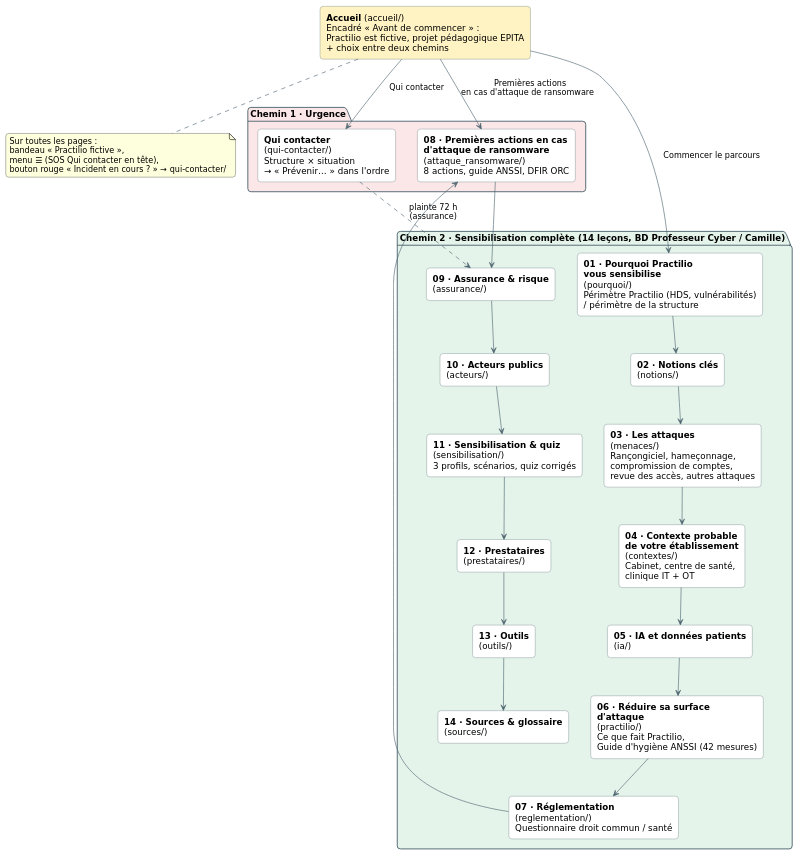
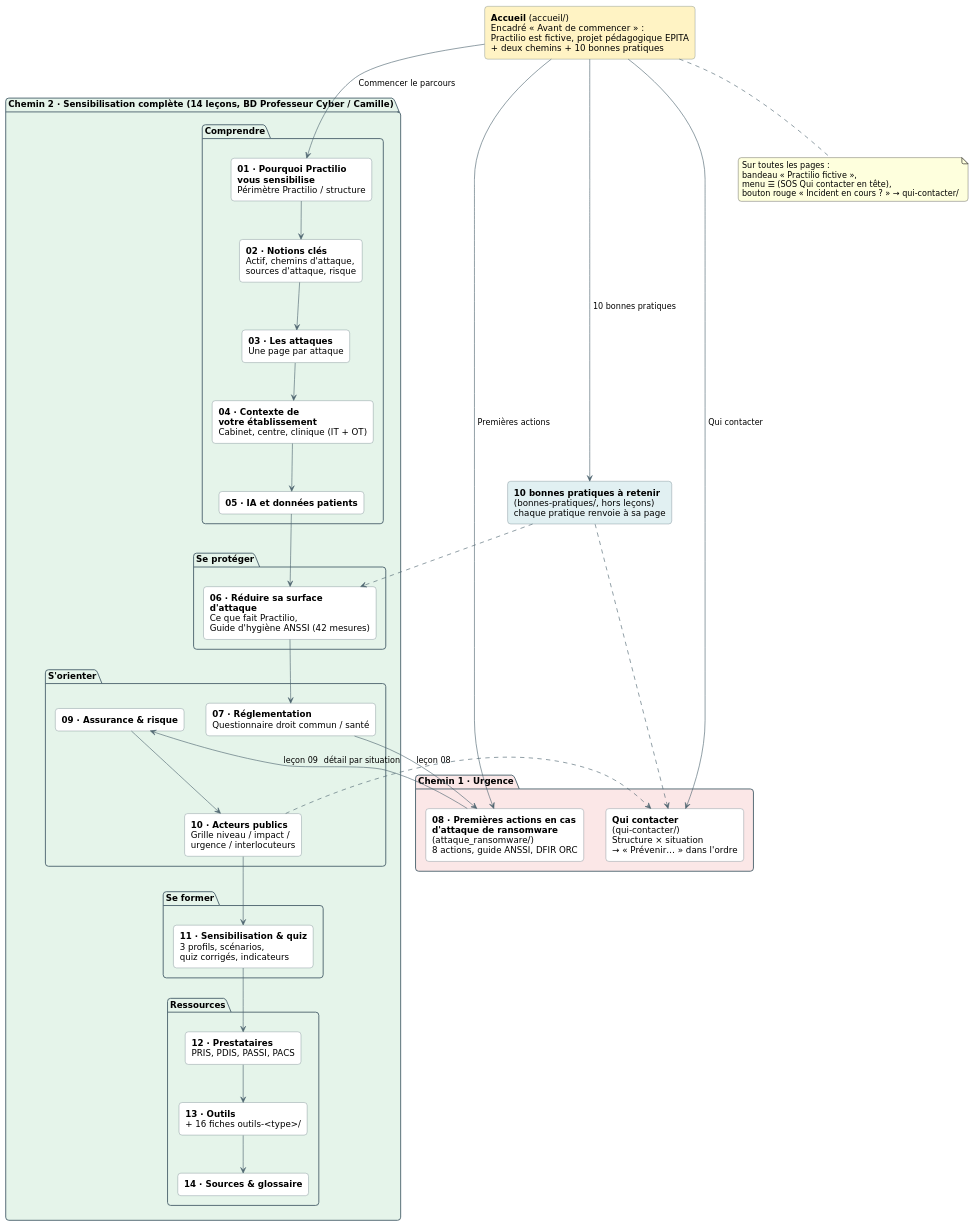
Before and after one commit to tasa95/sensibilisation_practilio: the diagram in docs/carte-du-site.puml, drawn with PlantUML. The commit also changed 5 other files, not shown here.

Commit message:
Diagrammes PlantUML (carte du site, parcours de formation) et notes de rendu

```diff
--- a/docs/carte-du-site.puml
+++ b/docs/carte-du-site.puml
@@ -1,70 +1,83 @@
 @startuml carte-du-site
 ' Carte du site Practilio Cyber Repères (projet pédagogique EPITA, Practilio est fictive).
 ' Mise à jour : 23/11/2026. Rendu : plantuml -tpng docs/carte-du-site.puml  (produit docs/carte-du-site.png)
+' Site public : https://tasa95.github.io/sensibilisation_practilio/
 ' Chaque rectangle = un dossier de site/ (index.html + <dossier>.js). Les numéros sont ceux des leçons du chemin 2.
 
 skinparam defaultFontName "DejaVu Sans"
 skinparam shadowing false
 skinparam roundCorner 10
 skinparam ArrowColor #4f6670
 skinparam rectangle {
   BorderColor #4f6670
   BackgroundColor #ffffff
 }
 skinparam package {
   BorderColor #4f6670
   FontStyle bold
 }
 top to bottom direction
 
-rectangle "**Accueil** (accueil/)\nEncadré « Avant de commencer » :\nPractilio est fictive, projet pédagogique EPITA\n+ choix entre deux chemins" as accueil #fff3c4
+rectangle "**Accueil** (accueil/)\nEncadré « Avant de commencer » :\nPractilio est fictive, projet pédagogique EPITA\n+ deux chemins + 10 bonnes pratiques" as accueil #fff3c4
+rectangle "**10 bonnes pratiques à retenir**\n(bonnes-pratiques/, hors leçons)\nchaque pratique renvoie à sa page" as bp #e1f0f2
 
 package "Chemin 1 · Urgence" #fbe7e7 {
   rectangle "**Qui contacter**\n(qui-contacter/)\nStructure × situation\n→ « Prévenir… » dans l'ordre" as qui #ffffff
   rectangle "**08 · Premières actions en cas**\n**d'attaque de ransomware**\n(attaque_ransomware/)\n8 actions, guide ANSSI, DFIR ORC" as ransom #ffffff
 }
 
 package "Chemin 2 · Sensibilisation complète (14 leçons, BD Professeur Cyber / Camille)" #e5f4ea {
-  rectangle "**01 · Pourquoi Practilio**\n**vous sensibilise**\n(pourquoi/)\nPérimètre Practilio (HDS, vulnérabilités)\n/ périmètre de la structure" as l01
-  rectangle "**02 · Notions clés**\n(notions/)" as l02
-  rectangle "**03 · Les attaques**\n(menaces/)\nRançongiciel, hameçonnage,\ncompromission de comptes,\nrevue des accès, autres attaques" as l03
-  rectangle "**04 · Contexte probable**\n**de votre établissement**\n(contextes/)\nCabinet, centre de santé,\nclinique IT + OT" as l04
-  rectangle "**06 · Réduire sa surface**\n**d'attaque**\n(practilio/)\nCe que fait Practilio,\nGuide d'hygiène ANSSI (42 mesures)" as l05
-  rectangle "**11 · Sensibilisation & quiz**\n(sensibilisation/)\n3 profils, scénarios, quiz corrigés" as l06
-  rectangle "**05 · IA et données patients**\n(ia/)" as l07
-  rectangle "**07 · Réglementation**\n(reglementation/)\nQuestionnaire droit commun / santé" as l08
-  rectangle "**09 · Assurance & risque**\n(assurance/)" as l10
-  rectangle "**10 · Acteurs publics**\n(acteurs/)" as l11
-  rectangle "**12 · Prestataires**\n(prestataires/)" as l12
-  rectangle "**13 · Outils**\n(outils/)" as l13
-  rectangle "**14 · Sources & glossaire**\n(sources/)" as l14
+  package "Comprendre" {
+    rectangle "**01 · Pourquoi Practilio**\n**vous sensibilise**\nPérimètre Practilio / structure" as l01
+    rectangle "**02 · Notions clés**\nActif, chemins d'attaque,\nsources d'attaque, risque" as l02
+    rectangle "**03 · Les attaques**\nUne page par attaque" as l03
+    rectangle "**04 · Contexte de**\n**votre établissement**\nCabinet, centre, clinique (IT + OT)" as l04
+    rectangle "**05 · IA et données patients**" as l05
+  }
+  package "Se protéger" {
+    rectangle "**06 · Réduire sa surface**\n**d'attaque**\nCe que fait Practilio,\nGuide d'hygiène ANSSI (42 mesures)" as l06
+  }
+  package "S'orienter" {
+    rectangle "**07 · Réglementation**\nQuestionnaire droit commun / santé" as l07
+    rectangle "**09 · Assurance & risque**" as l09
+    rectangle "**10 · Acteurs publics**\nGrille niveau / impact /\nurgence / interlocuteurs" as l10
+  }
+  package "Se former" {
+    rectangle "**11 · Sensibilisation & quiz**\n3 profils, scénarios,\nquiz corrigés, indicateurs" as l11
+  }
+  package "Ressources" {
+    rectangle "**12 · Prestataires**\nPRIS, PDIS, PASSI, PACS" as l12
+    rectangle "**13 · Outils**\n+ 16 fiches outils-<type>/" as l13
+    rectangle "**14 · Sources & glossaire**" as l14
+  }
 }
 
 accueil --> qui : « Qui contacter »
-accueil --> ransom : « Premières actions\nen cas d'attaque de ransomware »
+accueil --> ransom : « Premières actions »
 accueil --> l01 : « Commencer le parcours »
-
-qui ..> l10 : plainte 72 h\n(assurance)
-
+accueil --> bp : « 10 bonnes pratiques »
+bp ..> l06
+bp ..> qui
 
 l01 --> l02
 l02 --> l03
 l03 --> l04
-l04 --> l07
-l07 --> l05
-l05 --> l08
-l08 --> ransom
-ransom --> l10
+l04 --> l05
+l05 --> l06
+l06 --> l07
+l07 --> ransom : leçon 08
+ransom --> l09 : leçon 09
+l09 --> l10
 l10 --> l11
-l11 --> l06
-l06 --> l12
+l11 --> l12
 l12 --> l13
 l13 --> l14
+l10 ..> qui : détail par situation
 
 note bottom of accueil
   Sur toutes les pages :
   bandeau « Practilio fictive »,
   menu ☰ (SOS Qui contacter en tête),
   bouton rouge « Incident en cours ? » → qui-contacter/
 end note
 @enduml
```
